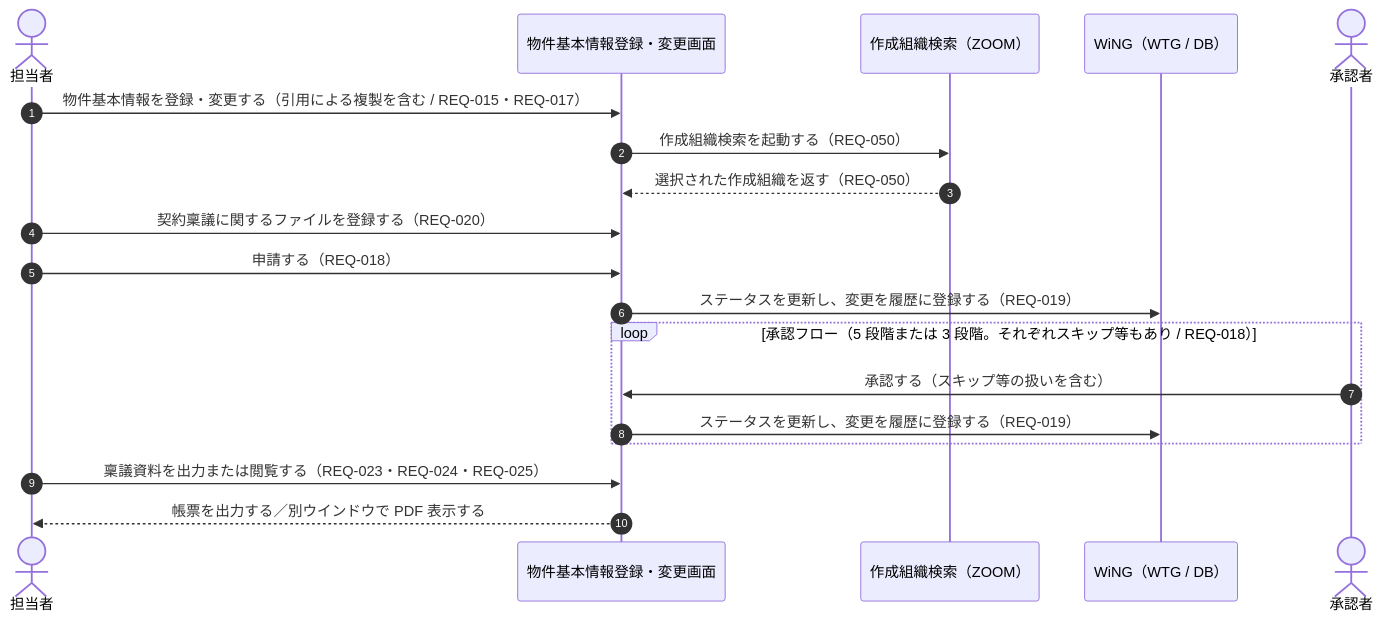
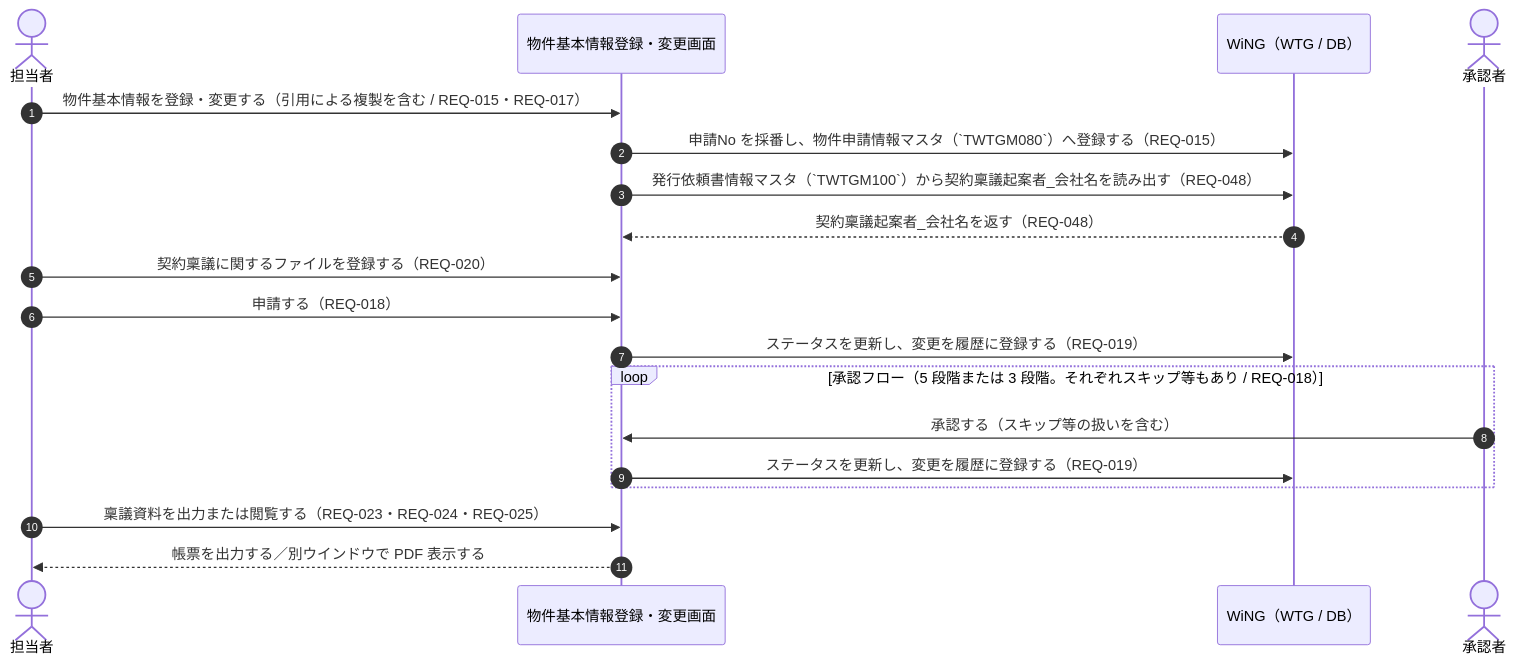
Before and after one commit to masato-teramoto/Wing: the diagram in specs/property-basic-info/requirements.md, drawn with Mermaid. The commit also changed other lines of this file and 32 other files, not shown here.

````diff
--- a/specs/property-basic-info/requirements.md
+++ b/specs/property-basic-info/requirements.md
@@ -45,22 +45,22 @@
 ```mermaid
 sequenceDiagram
     autonumber
     actor 担当者
     participant 画面 as 物件基本情報登録・変更画面
-    participant ZOOM as 作成組織検索（ZOOM）
     participant WTG as WiNG（WTG / DB）
     actor 承認者
 
     担当者->>画面: 物件基本情報を登録・変更する（引用による複製を含む / REQ-015・REQ-017）
-    画面->>ZOOM: 作成組織検索を起動する（REQ-050）
-    ZOOM-->>画面: 選択された作成組織を返す（REQ-050）
+    画面->>WTG: 申請No を採番し、物件申請情報マスタ（`TWTGM080`）へ登録する（REQ-015）
+    画面->>WTG: 発行依頼書情報マスタ（`TWTGM100`）から契約稟議起案者_会社名を読み出す（REQ-048）
+    WTG-->>画面: 契約稟議起案者_会社名を返す（REQ-048）
     担当者->>画面: 契約稟議に関するファイルを登録する（REQ-020）
     担当者->>画面: 申請する（REQ-018）
     画面->>WTG: ステータスを更新し、変更を履歴に登録する（REQ-019）
     loop 承認フロー（5 段階または 3 段階。それぞれスキップ等もあり / REQ-018）
         承認者->>画面: 承認する（スキップ等の扱いを含む）
         画面->>WTG: ステータスを更新し、変更を履歴に登録する（REQ-019）
     end
     担当者->>画面: 稟議資料を出力または閲覧する（REQ-023・REQ-024・REQ-025）
     画面-->>担当者: 帳票を出力する／別ウインドウで PDF 表示する
 ```
````
